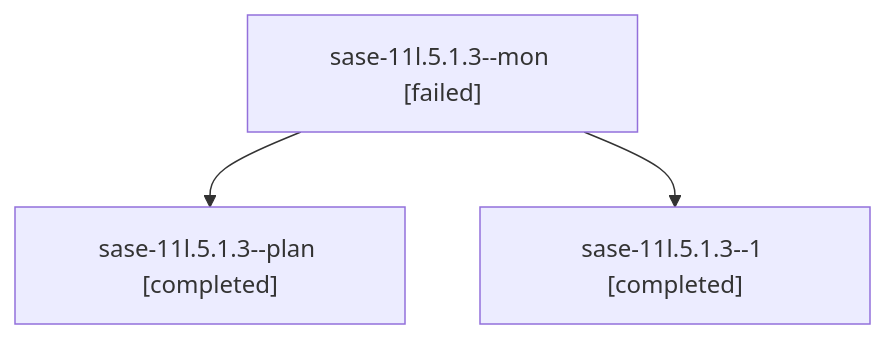
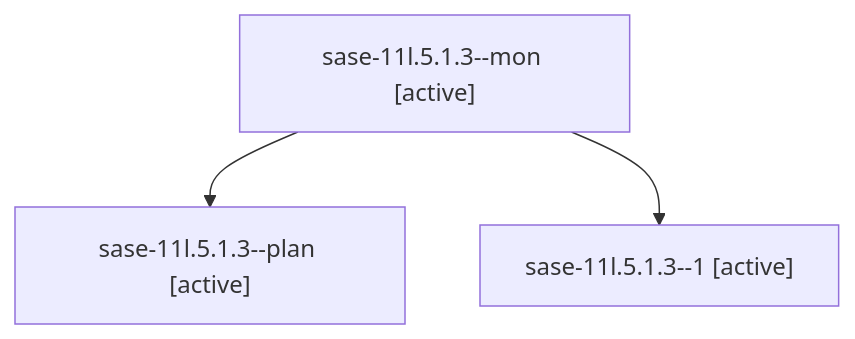
The diagram in families/bbugyi200.athena.sase-11l.5.1.3.md (sase-org/sase--agents), drawn with Mermaid before and after one commit. The commit also changed other lines of this file and 159 other files, not shown here.

````diff
--- a/families/bbugyi200.athena.sase-11l.5.1.3.md
+++ b/families/bbugyi200.athena.sase-11l.5.1.3.md
@@ -9,8 +9,8 @@
 ```mermaid
 flowchart TD
-  n0["sase-11l.5.1.3--mon [failed]"]
-  n1["sase-11l.5.1.3--plan [completed]"]
+  n0["sase-11l.5.1.3--mon [active]"]
+  n1["sase-11l.5.1.3--plan [active]"]
   n0 --> n1
-  n2["sase-11l.5.1.3--1 [completed]"]
+  n2["sase-11l.5.1.3--1 [active]"]
   n0 --> n2
 ```
````
